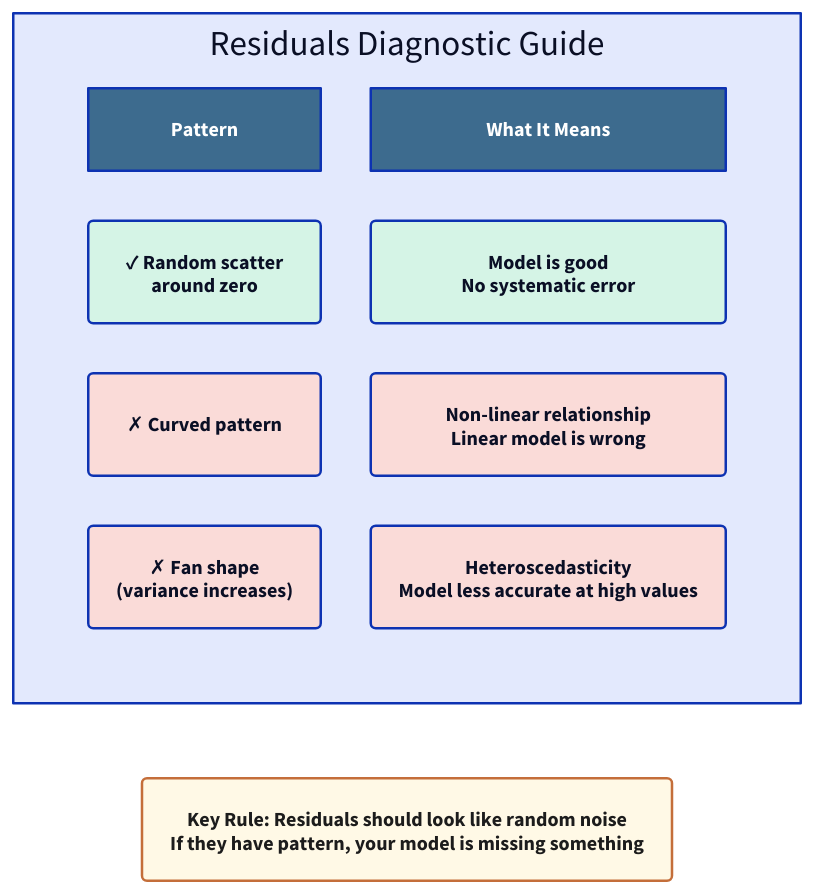
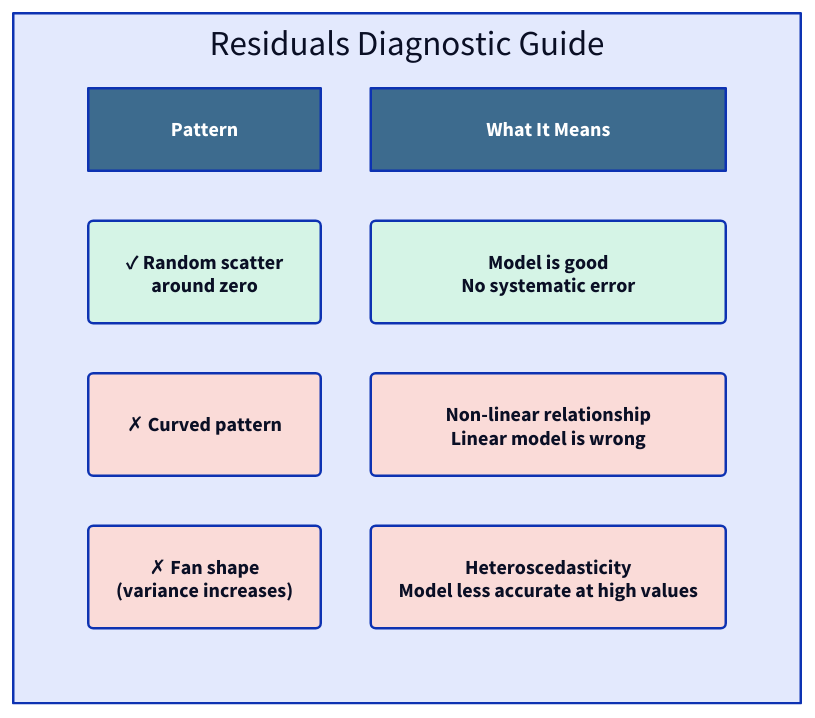
Before and after one commit to dannycab/MSU_REU_ML_course: the diagram in slides/figures/d2/residuals-diagnostic.d2, drawn with D2. The commit also changed 36 other files, not shown here.

```diff
--- a/slides/figures/d2/residuals-diagnostic.d2
+++ b/slides/figures/d2/residuals-diagnostic.d2
@@ -1,59 +1,50 @@
 # Reading Residuals: What to look for in diagnostic plots
 
 direction: right
 
 grid: "Residuals Diagnostic Guide" {
   grid-rows: 3
   grid-columns: 2
 
   # Header
   h1: "Pattern" {
     style.fill: "#3D6B8E"
     style.font-color: white
     style.bold: true
   }
   h2: "What It Means" {
     style.fill: "#3D6B8E"
     style.font-color: white
     style.bold: true
   }
 
   # Good case
   g1: "✓ Random scatter\naround zero" {
     style.fill: "#d5f4e6"
     style.border-radius: 4
   }
   g2: "Model is good\nNo systematic error" {
     style.fill: "#d5f4e6"
     style.border-radius: 4
   }
 
   # Bad case: curved
   b1: "✗ Curved pattern" {
     style.fill: "#fadbd8"
     style.border-radius: 4
   }
   b2: "Non-linear relationship\nLinear model is wrong" {
     style.fill: "#fadbd8"
     style.border-radius: 4
   }
 
   # Bad case: fanned
   f1: "✗ Fan shape\n(variance increases)" {
     style.fill: "#fadbd8"
     style.border-radius: 4
   }
   f2: "Heteroscedasticity\nModel less accurate at high values" {
     style.fill: "#fadbd8"
     style.border-radius: 4
   }
 }
-
-# Summary box
-summary: "Key Rule: Residuals should look like random noise\nIf they have pattern, your model is missing something" {
-  style.fill: "#fff9e6"
-  style.stroke: "#C46E3A"
-  style.font-color: "#1C1C1C"
-  style.border-radius: 4
-  style.stroke-width: 2
-}
```
